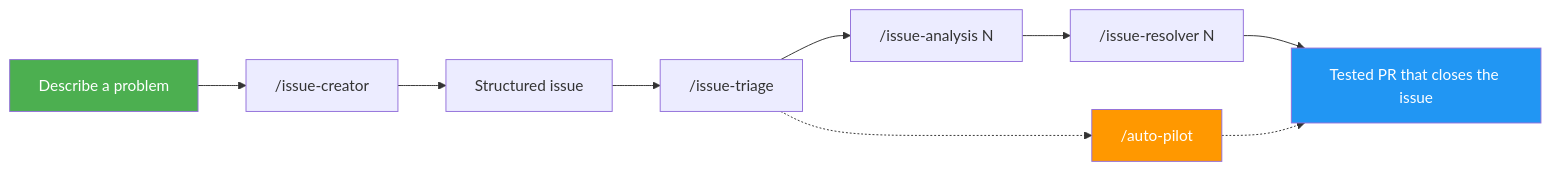
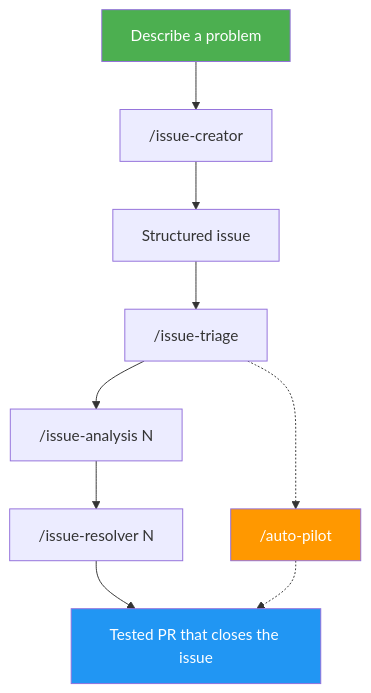
One commit to luongnv89/idd changed the first of 2 diagrams in README.md. Above: the diagram before and after it, drawn with Mermaid.

````diff
--- a/README.md
+++ b/README.md
@@ -38,15 +38,15 @@
 ```mermaid
-graph LR
+graph TD
     A["Describe a problem"] --> B["/issue-creator"]
     B --> C["Structured issue"]
     C --> D["/issue-triage"]
     D --> E["/issue-analysis N"]
     E --> F["/issue-resolver N"]
     F --> G["Tested PR that closes the issue"]
     D -.-> H["/auto-pilot"]
     H -.-> G
 
     style A fill:#4CAF50,color:#fff
     style G fill:#2196F3,color:#fff
     style H fill:#FF9800,color:#fff
 ```
````
